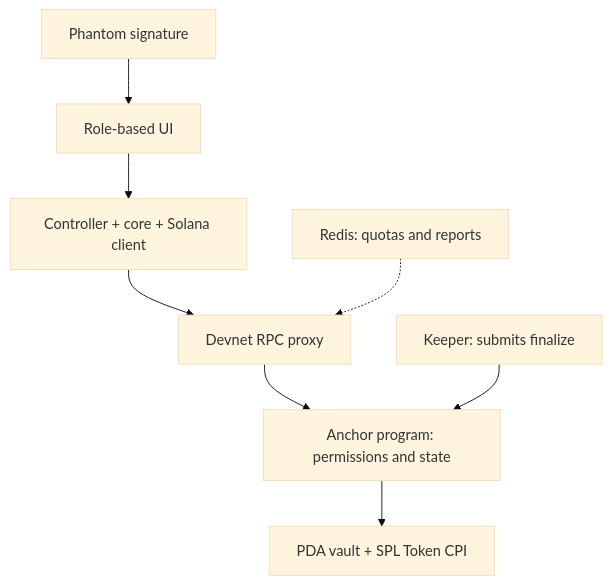
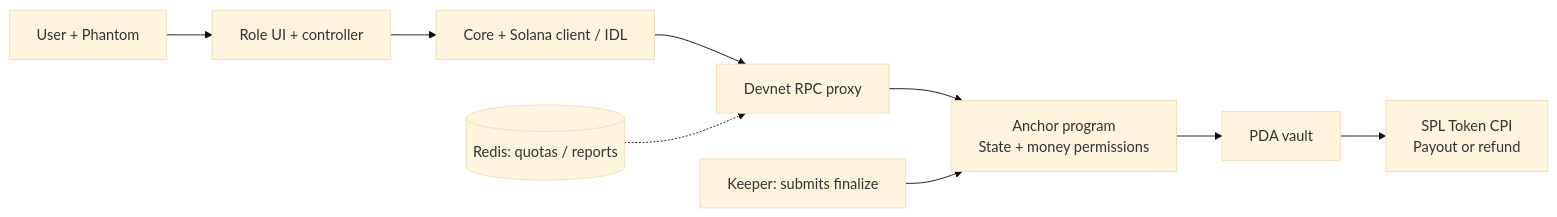
The diagram in README.en.md (2274802010922/pipicachu), drawn with Mermaid (base theme) before and after one commit. The commit also changed other lines of this file and 18 other files, not shown here.

````diff
--- a/README.en.md
+++ b/README.en.md
@@ -114,10 +107,11 @@
 ```mermaid
-flowchart TB
-  Wallet[Phantom signature] --> UI[Role-based UI]
-  UI --> Controller[Controller + core + Solana client]
-  Controller --> RPC[Devnet RPC proxy]
-  Redis[Redis: quotas and reports] -.-> RPC
-  RPC --> Program[Anchor program: permissions and state]
+flowchart LR
+  User[User + Phantom] --> Web[Role UI + controller]
+  Web --> Client[Core + Solana client / IDL]
+  Client --> RPC[Devnet RPC proxy]
+  Redis[(Redis: quotas / reports)] -.-> RPC
+  RPC --> Program["Anchor program<br/>State + money permissions"]
   Keeper[Keeper: submits finalize] --> Program
-  Program --> Vault[PDA vault + SPL Token CPI]
+  Program --> Vault[PDA vault]
+  Vault --> Split["SPL Token CPI<br/>Payout or refund"]
 ```
````
